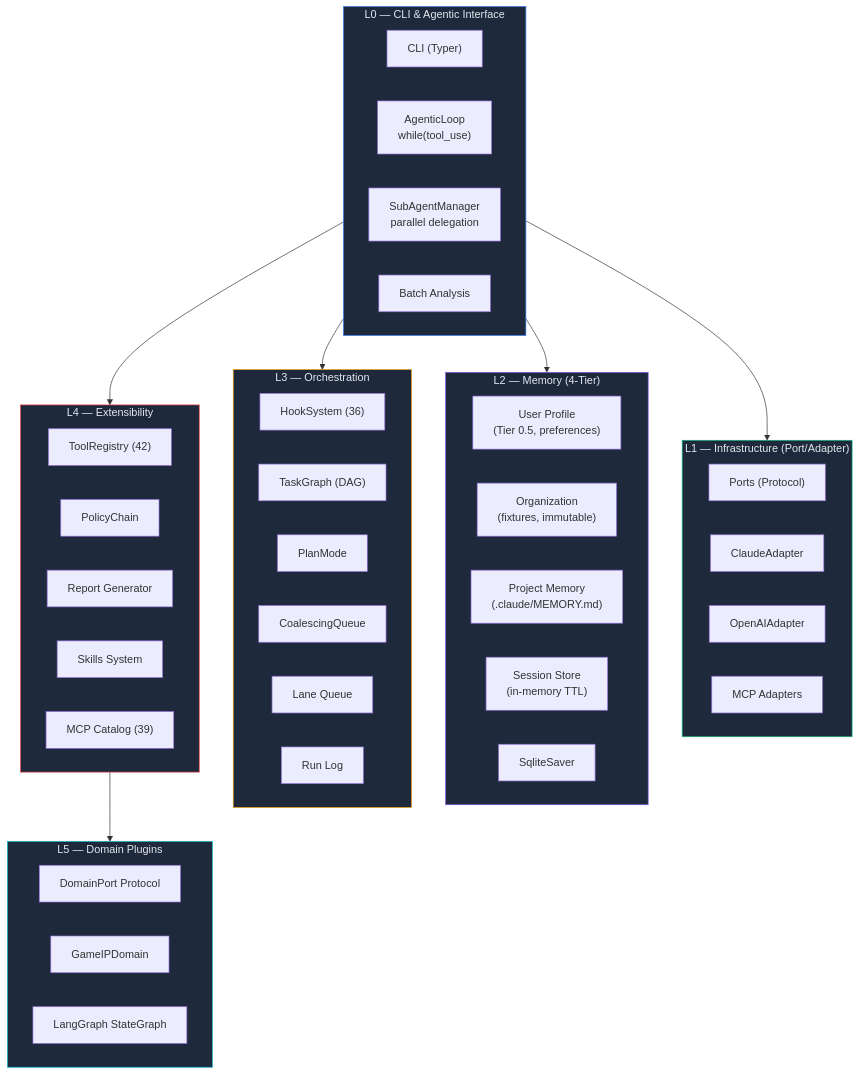
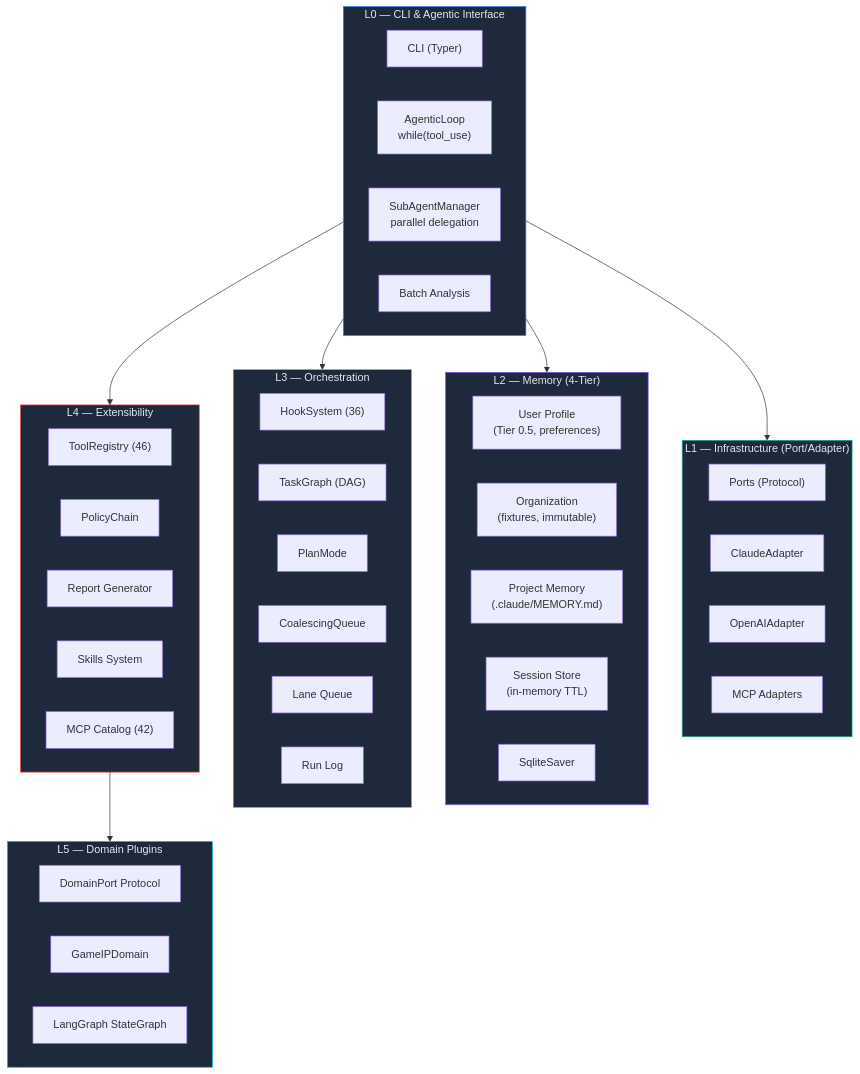
Before and after one commit to mangowhoiscloud/geode: the second of 15 diagrams in README.md, drawn with Mermaid. The commit also changed other lines of this file, not shown here.

````diff
--- a/README.md
+++ b/README.md
@@ -122,60 +123,60 @@
 ```mermaid
 graph TB
     subgraph L0["L0 — CLI & Agentic Interface"]
         CLI["CLI (Typer)"]
         AL["AgenticLoop<br/>while(tool_use)"]
         SubA["SubAgentManager<br/>parallel delegation"]
         Batch["Batch Analysis"]
     end
 
     subgraph L1["L1 — Infrastructure (Port/Adapter)"]
         direction LR
         Ports["Ports (Protocol)"]
         Claude["ClaudeAdapter"]
         OpenAI["OpenAIAdapter"]
         MCP["MCP Adapters"]
     end
 
     subgraph L2["L2 — Memory (4-Tier)"]
         UserProf["User Profile<br/>(Tier 0.5, preferences)"]
         Org["Organization<br/>(fixtures, immutable)"]
         Project["Project Memory<br/>(.claude/MEMORY.md)"]
         Session["Session Store<br/>(in-memory TTL)"]
         Checkpoint["SqliteSaver"]
     end
 
     subgraph L3["L3 — Orchestration"]
         Hooks["HookSystem (36)"]
         Tasks["TaskGraph (DAG)"]
         Plan["PlanMode"]
         Coal["CoalescingQueue"]
         Lanes["Lane Queue"]
         RunLog["Run Log"]
     end
 
     subgraph L4["L4 — Extensibility"]
-        Tools["ToolRegistry (42)"]
+        Tools["ToolRegistry (46)"]
         Policy["PolicyChain"]
         Reports["Report Generator"]
         Skills["Skills System"]
-        MCPCat["MCP Catalog (39)"]
+        MCPCat["MCP Catalog (42)"]
     end
 
     subgraph L5["L5 — Domain Plugins"]
         Domain["DomainPort Protocol"]
         GameIP["GameIPDomain"]
         Pipeline["LangGraph StateGraph"]
     end
 
     L0 --> L1
     L0 --> L2
     L0 --> L3
     L0 --> L4
     L4 --> L5
     style L0 fill:#1e293b,stroke:#3b82f6,color:#e2e8f0
     style L1 fill:#1e293b,stroke:#10b981,color:#e2e8f0
     style L2 fill:#1e293b,stroke:#8b5cf6,color:#e2e8f0
     style L3 fill:#1e293b,stroke:#f59e0b,color:#e2e8f0
     style L4 fill:#1e293b,stroke:#ef4444,color:#e2e8f0
     style L5 fill:#1e293b,stroke:#06b6d4,color:#e2e8f0
 ```
````
